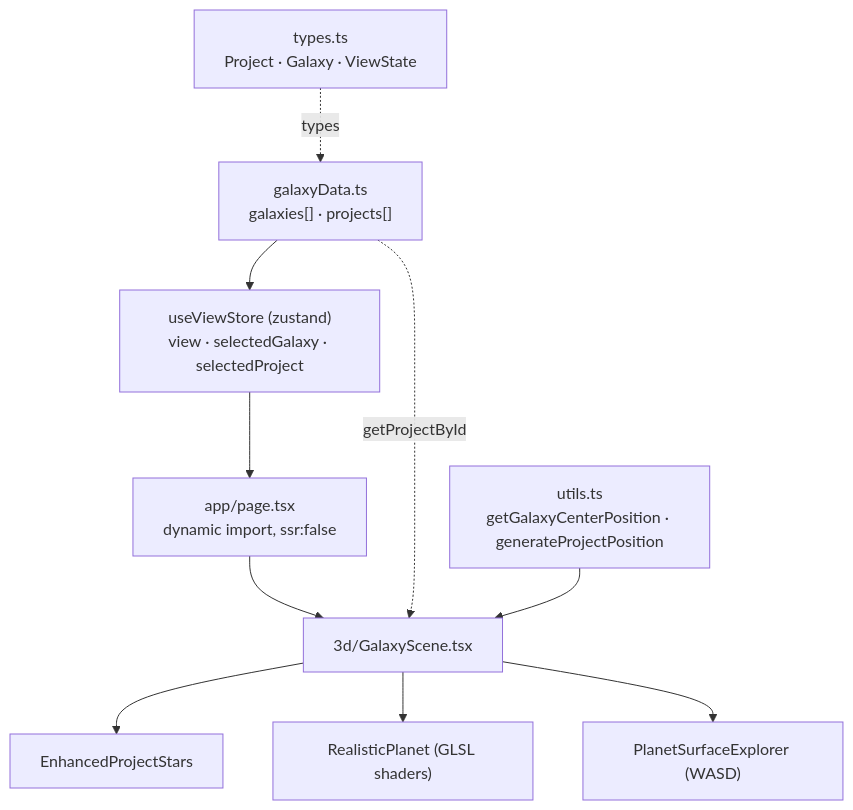
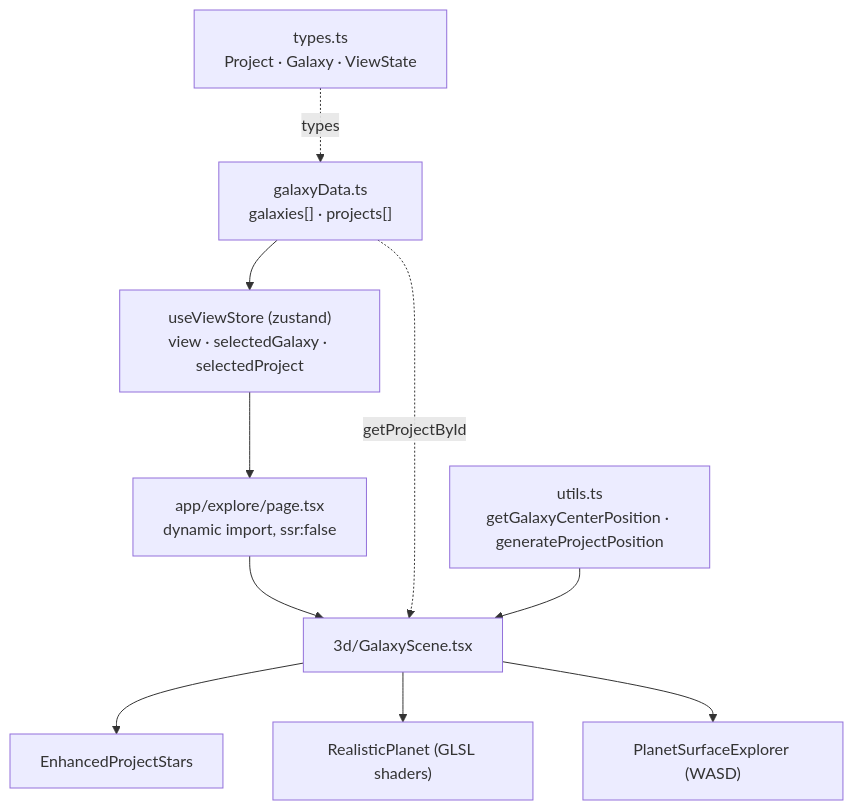
The diagram in AI/diagrams/data-flow.md (forbiddenlink/elizabethannstein), drawn with Mermaid before and after one commit. The commit also changed other lines of this file and 27 other files, not shown here.

````diff
--- a/AI/diagrams/data-flow.md
+++ b/AI/diagrams/data-flow.md
@@ -7,12 +7,12 @@
 ```mermaid
 flowchart TD
     GD["galaxyData.ts<br/>galaxies[] · projects[]"] --> STORE["useViewStore (zustand)<br/>view · selectedGalaxy · selectedProject"]
-    STORE --> PAGE["app/page.tsx<br/>dynamic import, ssr:false"]
+    STORE --> PAGE["app/explore/page.tsx<br/>dynamic import, ssr:false"]
     PAGE --> SCENE["3d/GalaxyScene.tsx"]
     SCENE --> STARS["EnhancedProjectStars"]
     SCENE --> PLANET["RealisticPlanet (GLSL shaders)"]
     SCENE --> EXPLORE["PlanetSurfaceExplorer (WASD)"]
     GD -. getProjectById .-> SCENE
     UTILS["utils.ts<br/>getGalaxyCenterPosition · generateProjectPosition"] --> SCENE
     TYPES["types.ts<br/>Project · Galaxy · ViewState"] -.types.-> GD
 ```
````
